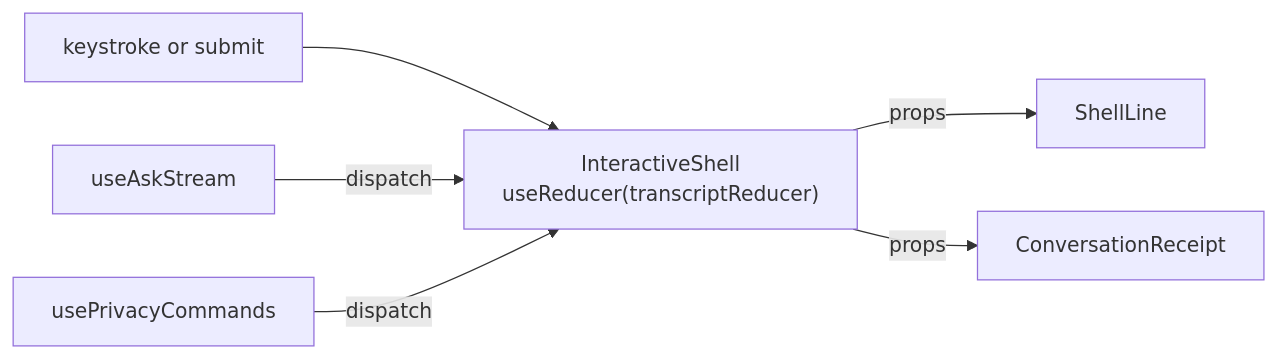
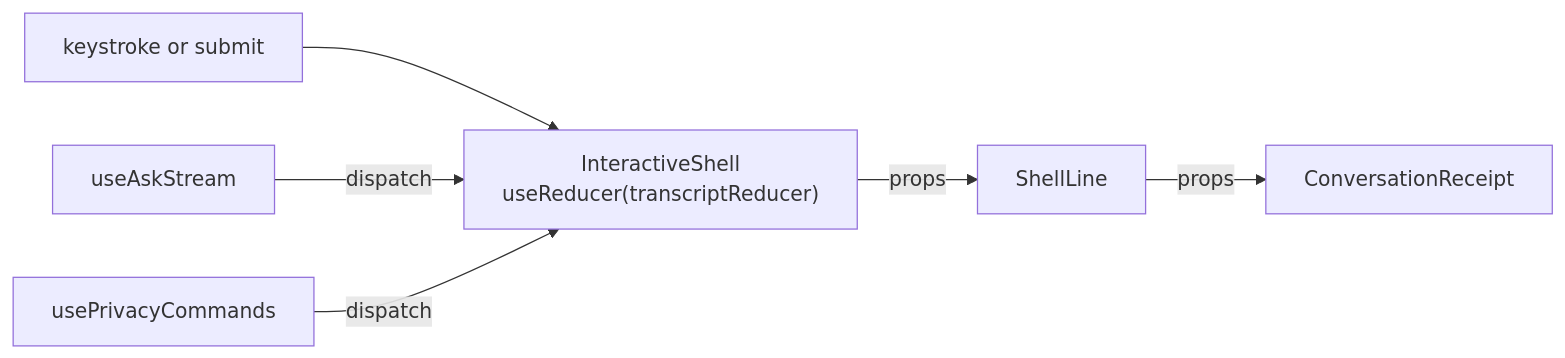
Before and after one commit to erikunha/portfolio: the fifth of 5 diagrams in docs/04-components-and-state.md, drawn with Mermaid. The commit also changed other lines of this file, not shown here.

First line of the commit message:
docs(components): fix broken state diagrams and split the hierarchy views

````diff
--- a/docs/04-components-and-state.md
+++ b/docs/04-components-and-state.md
@@ -187,8 +179,7 @@
 ```mermaid
 flowchart LR
     keys["keystroke or submit"] --> shell["InteractiveShell<br/>useReducer(transcriptReducer)"]
-    shell -->|props| lines["ShellLine"]
-    shell -->|props| receipt["ConversationReceipt"]
+    shell -->|props| lines["ShellLine"] -->|props| receipt["ConversationReceipt"]
     ask["useAskStream"] -->|dispatch| shell
     priv["usePrivacyCommands"] -->|dispatch| shell
 ```
````
